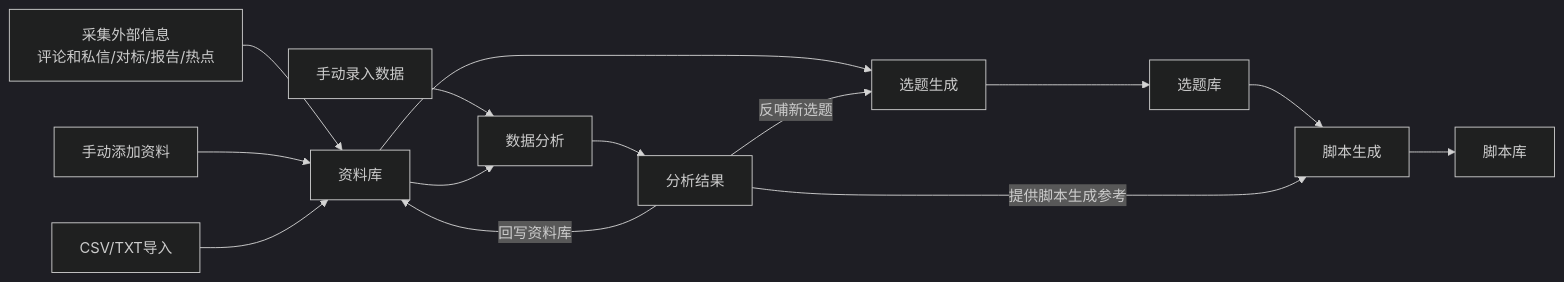
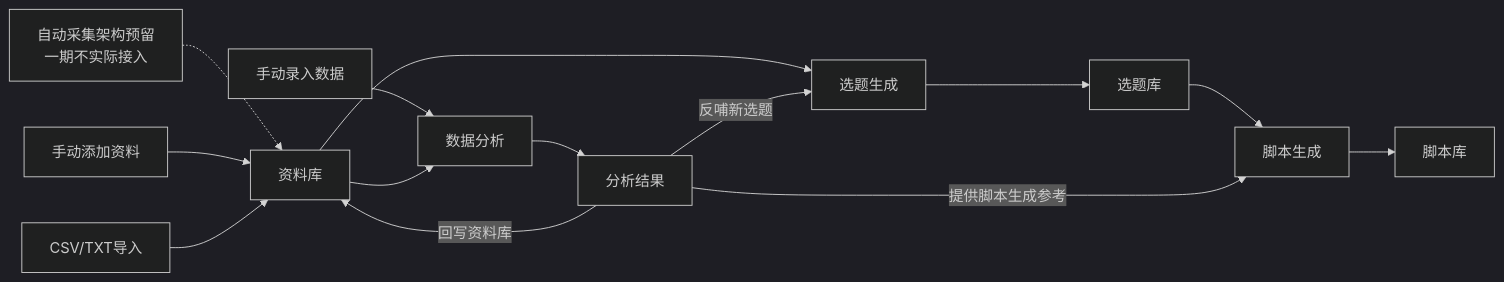
One commit to lophyJessica/forge-scrm changed the first of 5 diagrams in context/02-核心业务流程.md. Above: the diagram before and after it, drawn with Mermaid (dark theme). The commit also changed other lines of this file and 17 other files, not shown here.

````diff
--- a/context/02-核心业务流程.md
+++ b/context/02-核心业务流程.md
@@ -8,16 +8,16 @@
 ```mermaid
 flowchart LR
-    A[采集外部信息<br/>评论和私信/对标/报告/热点] --> B[资料库]
+    A[自动采集架构预留<br/>一期不实际接入] -.-> B[资料库]
     C[手动添加资料] --> B
     D[CSV/TXT导入] --> B
     B --> E[选题生成]
     E --> F[选题库]
     F --> G[脚本生成]
     G --> H[脚本库]
     I[手动录入数据] --> J[数据分析]
     B --> J
     J --> K[分析结果]
     K -->|回写资料库| B
     K -->|反哺新选题| E
     K -->|提供脚本生成参考| G
 ```
````
